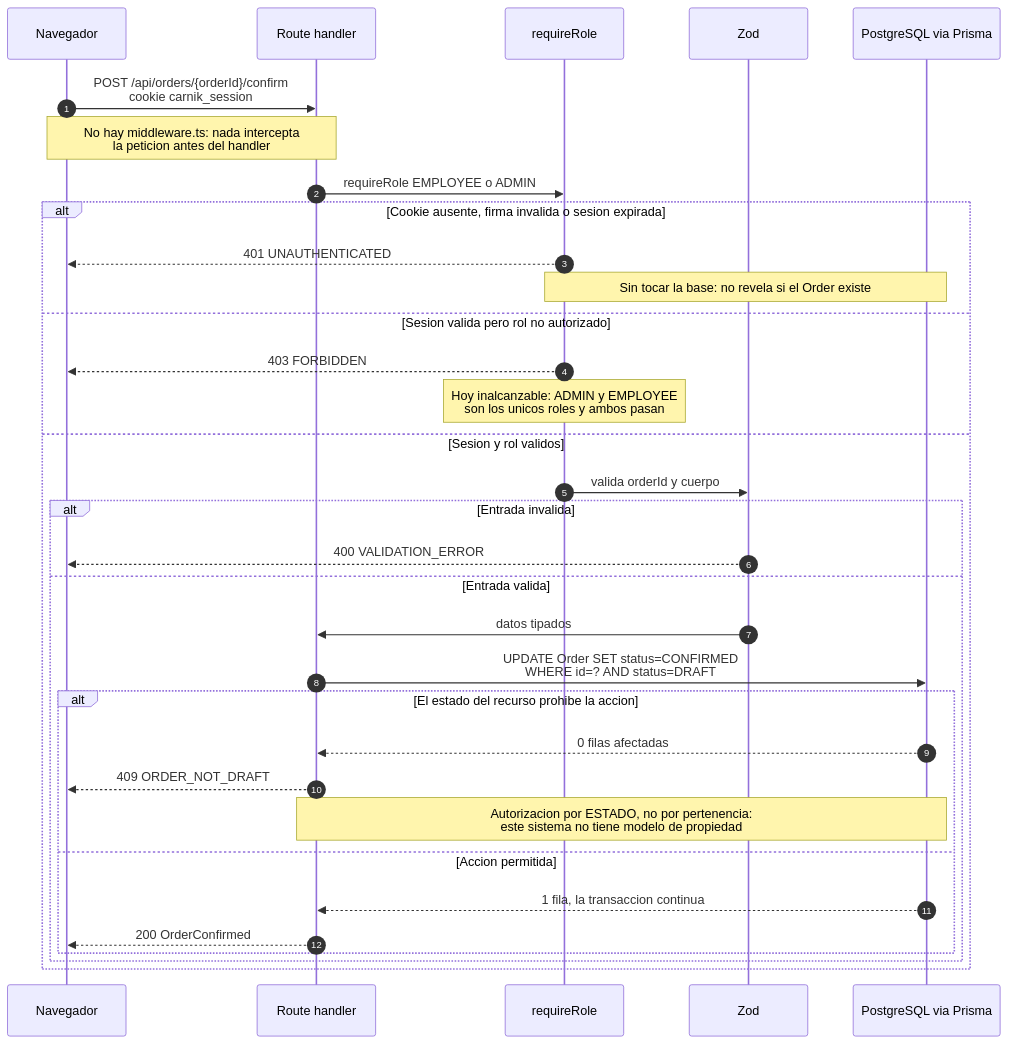
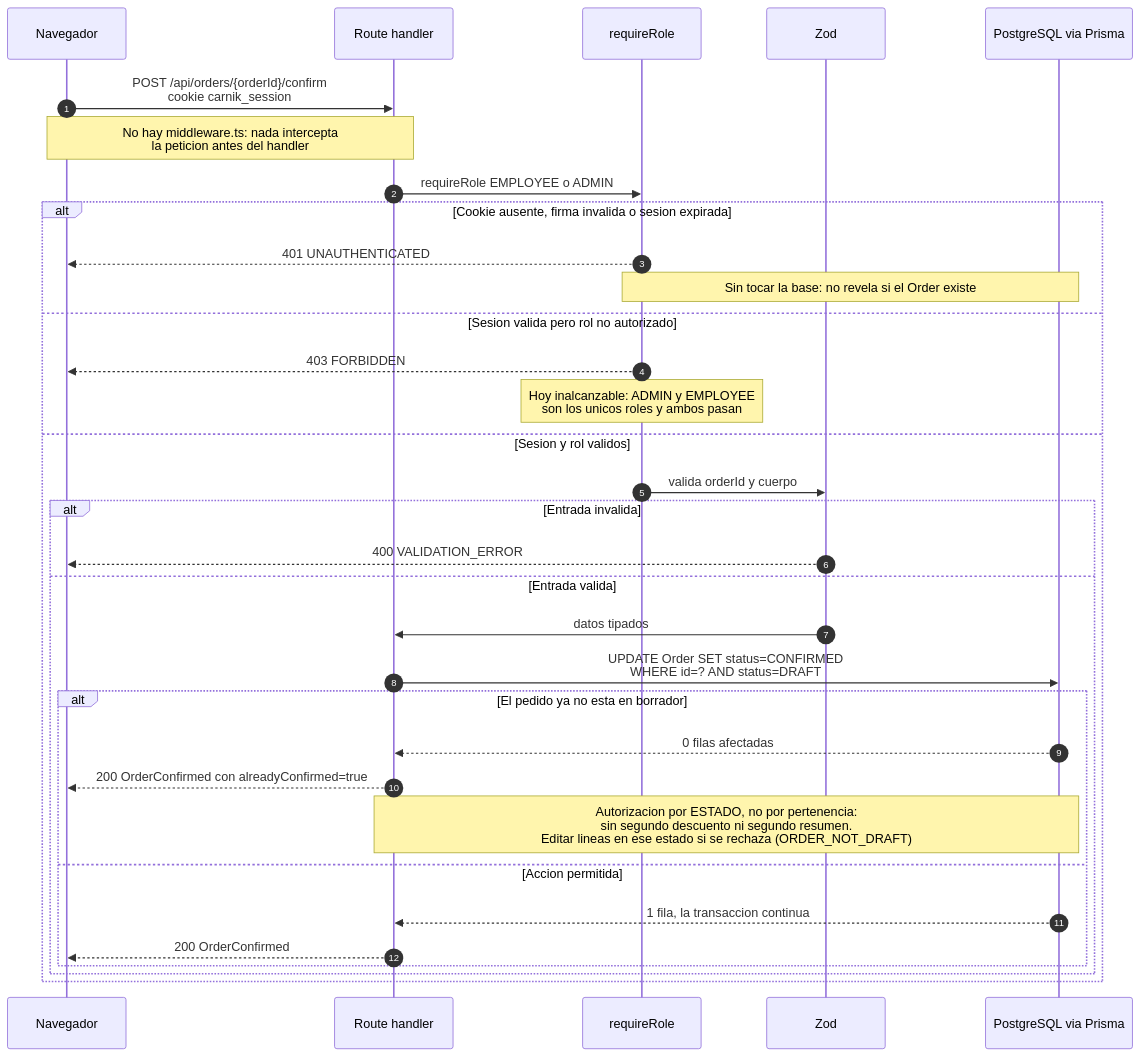
Before and after one commit to fedewagner/SRS-Carnik: the fifth of 7 diagrams in readme.md, drawn with Mermaid. The commit also changed other lines of this file and 13 other files, not shown here.

````diff
--- a/readme.md
+++ b/readme.md
@@ -628,37 +639,37 @@
 ```mermaid
 sequenceDiagram
     autonumber
     participant N as Navegador
     participant H as Route handler
     participant G as requireRole
     participant V as Zod
     participant D as PostgreSQL via Prisma
 
     N->>H: POST /api/orders/{orderId}/confirm<br/>cookie carnik_session
     Note over N,H: No hay middleware.ts: nada intercepta<br/>la peticion antes del handler
     H->>G: requireRole EMPLOYEE o ADMIN
 
     alt Cookie ausente, firma invalida o sesion expirada
         G-->>N: 401 UNAUTHENTICATED
         Note over G,D: Sin tocar la base: no revela si el Order existe
     else Sesion valida pero rol no autorizado
         G-->>N: 403 FORBIDDEN
         Note over G: Hoy inalcanzable: ADMIN y EMPLOYEE<br/>son los unicos roles y ambos pasan
     else Sesion y rol validos
         G->>V: valida orderId y cuerpo
         alt Entrada invalida
             V-->>N: 400 VALIDATION_ERROR
         else Entrada valida
             V->>H: datos tipados
             H->>D: UPDATE Order SET status=CONFIRMED<br/>WHERE id=? AND status=DRAFT
-            alt El estado del recurso prohibe la accion
+            alt El pedido ya no esta en borrador
                 D-->>H: 0 filas afectadas
-                H-->>N: 409 ORDER_NOT_DRAFT
-                Note over H,D: Autorizacion por ESTADO, no por pertenencia:<br/>este sistema no tiene modelo de propiedad
+                H-->>N: 200 OrderConfirmed con alreadyConfirmed=true
+                Note over H,D: Autorizacion por ESTADO, no por pertenencia:<br/>sin segundo descuento ni segundo resumen.<br/>Editar lineas en ese estado si se rechaza (ORDER_NOT_DRAFT)
             else Accion permitida
                 D-->>H: 1 fila, la transaccion continua
                 H-->>N: 200 OrderConfirmed
             end
         end
     end
 ```
````
